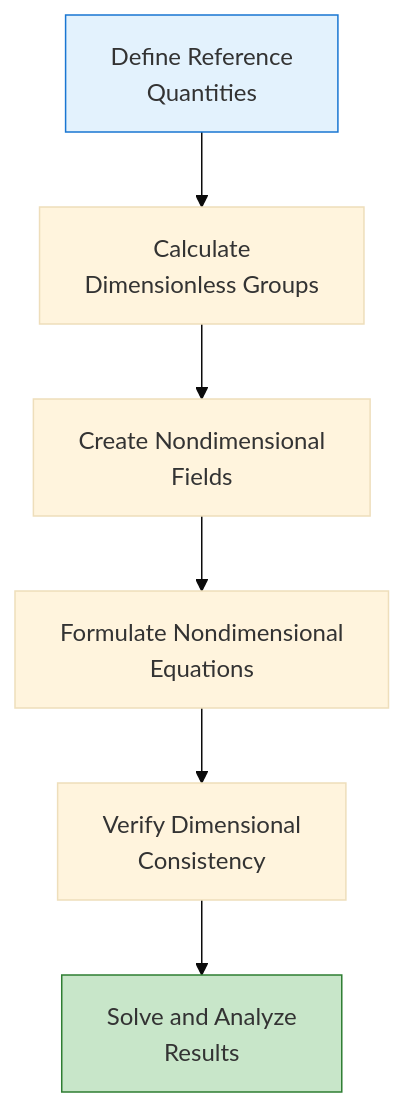
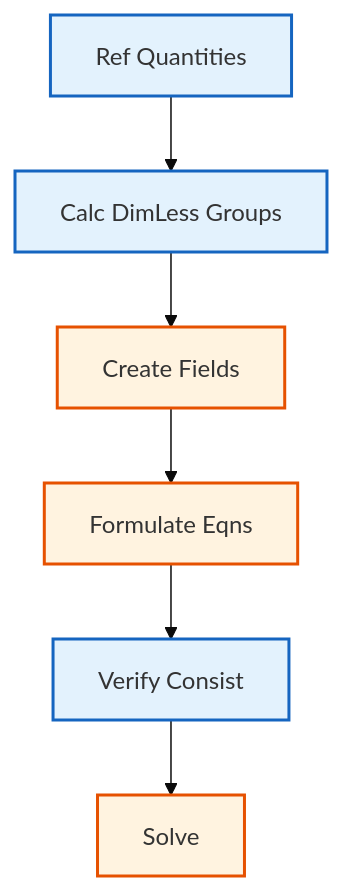
Before and after one commit to wramet/build-my-cfd: the third of 3 diagrams in MODULE_05_OPENFOAM_PROGRAMMING/CONTENT/12_DIMENSIONAL_ANALYSIS/04_Non_Dimensionalization.md, drawn with Mermaid (base theme). The commit also changed other lines of this file and 313 other files, not shown here.

Commit message:
Revise all diagram

````diff
--- a/MODULE_05_OPENFOAM_PROGRAMMING/CONTENT/12_DIMENSIONAL_ANALYSIS/04_Non_Dimensionalization.md
+++ b/MODULE_05_OPENFOAM_PROGRAMMING/CONTENT/12_DIMENSIONAL_ANALYSIS/04_Non_Dimensionalization.md
@@ -599,11 +602,12 @@
 ```mermaid
 flowchart TD
-    A[Define Reference<br/>Quantities] --> B[Calculate<br/>Dimensionless Groups]
-    B --> C[Create Nondimensional<br/>Fields]
-    C --> D[Formulate Nondimensional<br/>Equations]
-    D --> E[Verify Dimensional<br/>Consistency]
-    E --> F[Solve and Analyze<br/>Results]
-
-    style A fill:#e3f2fd,stroke:#1976d2
-    style F fill:#c8e6c9,stroke:#2e7d32
+%% Classes
+classDef explicit fill:#fff3e0,stroke:#e65100,stroke-width:2px;
+classDef implicit fill:#e3f2fd,stroke:#1565c0,stroke-width:2px;
+%% Nodes
+A[Ref Quantities]:::implicit --> B[Calc DimLess Groups]:::implicit
+B --> C[Create Fields]:::explicit
+C --> D[Formulate Eqns]:::explicit
+D --> E[Verify Consist]:::implicit
+E --> F[Solve]:::explicit
 ```
````
